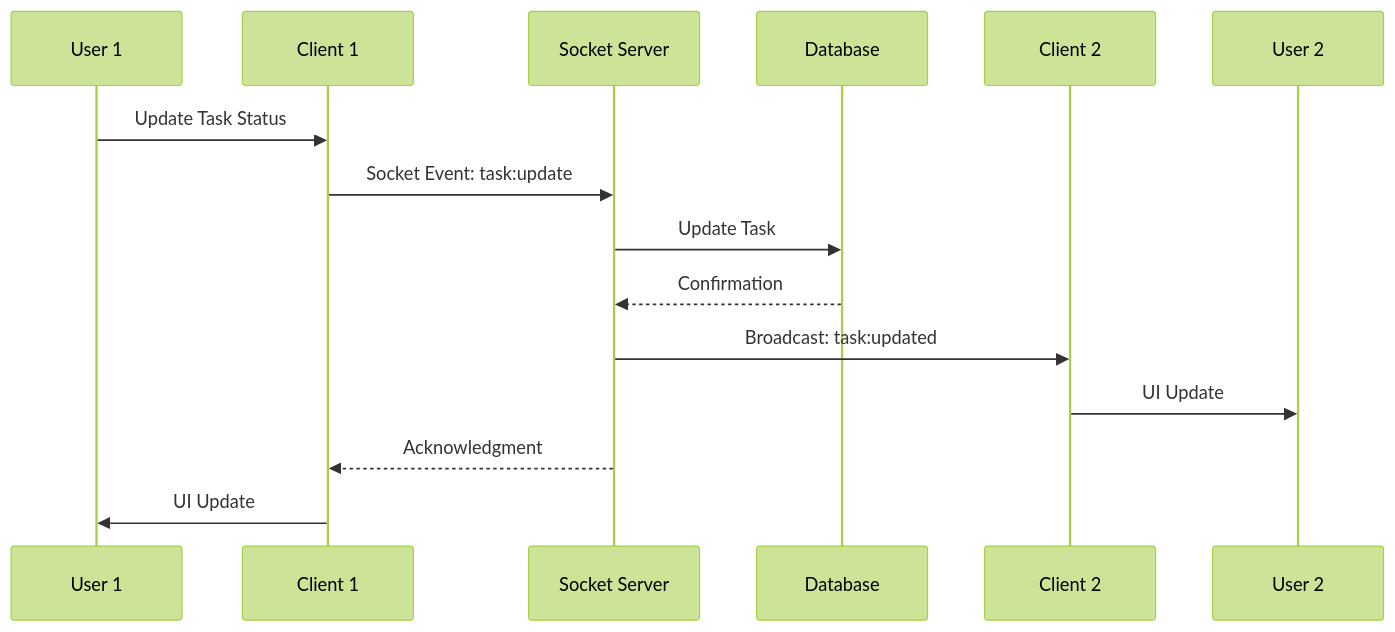
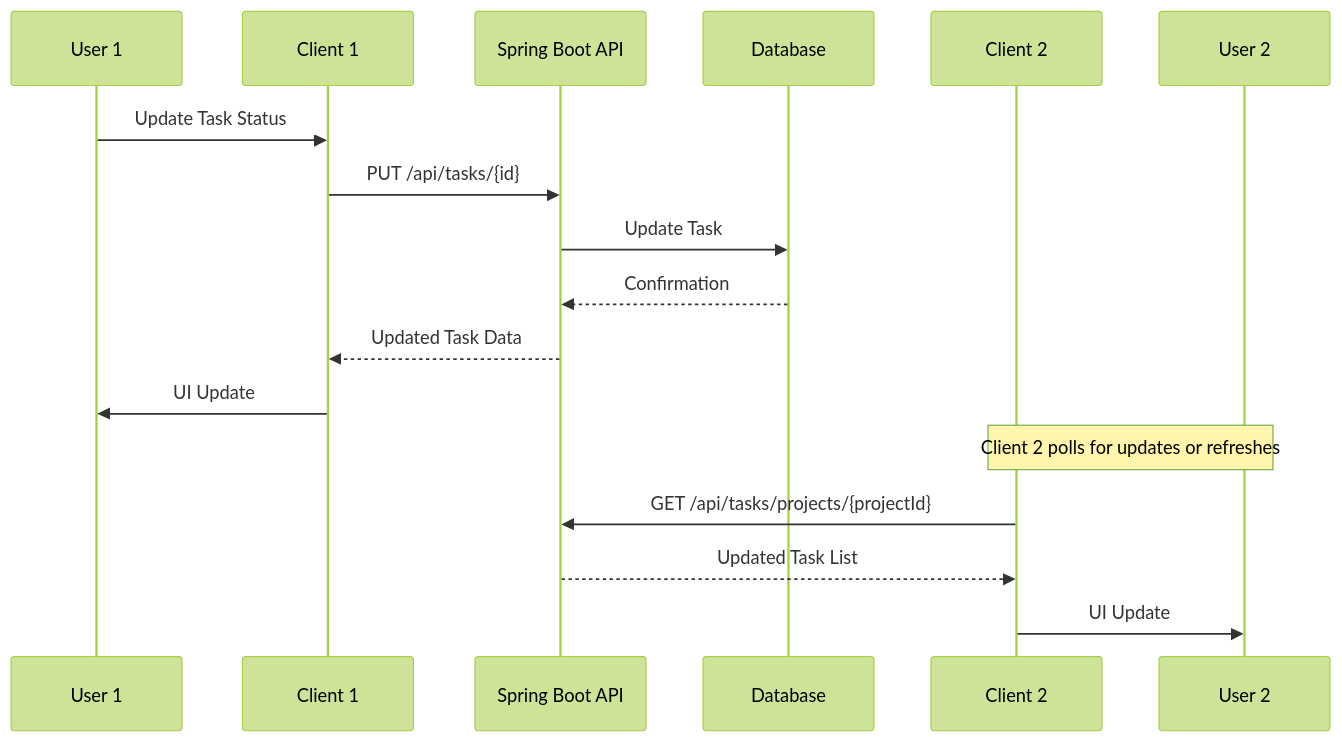
The sixth of 7 diagrams in system-diagrams.md (Ericfeng84/TaskManagment), drawn with Mermaid (forest theme) before and after one commit. The commit also changed other lines of this file and 68 other files, not shown here.

````diff
--- a/system-diagrams.md
+++ b/system-diagrams.md
@@ -162,18 +164,21 @@
 ```mermaid
 sequenceDiagram
     participant U1 as User 1
     participant C1 as Client 1
-    participant S as Socket Server
+    participant API as Spring Boot API
     participant DB as Database
     participant C2 as Client 2
     participant U2 as User 2
     
     U1->>C1: Update Task Status
-    C1->>S: Socket Event: task:update
-    S->>DB: Update Task
-    DB-->>S: Confirmation
-    S->>C2: Broadcast: task:updated
+    C1->>API: PUT /api/tasks/{id}
+    API->>DB: Update Task
+    DB-->>API: Confirmation
+    API-->>C1: Updated Task Data
+    C1->>U1: UI Update
+    
+    Note over C2,U2: Client 2 polls for updates or refreshes
+    C2->>API: GET /api/tasks/projects/{projectId}
+    API-->>C2: Updated Task List
     C2->>U2: UI Update
-    S-->>C1: Acknowledgment
-    C1->>U1: UI Update
 ```
````
